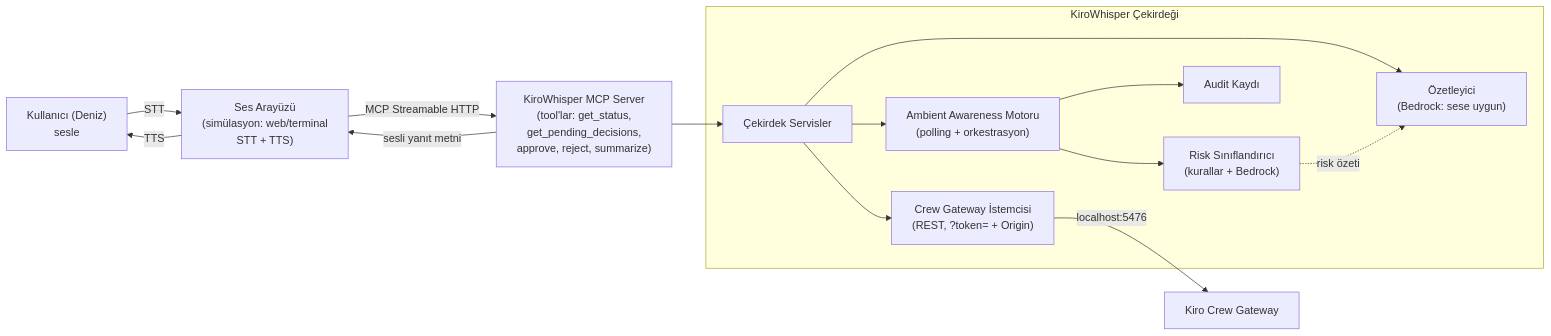
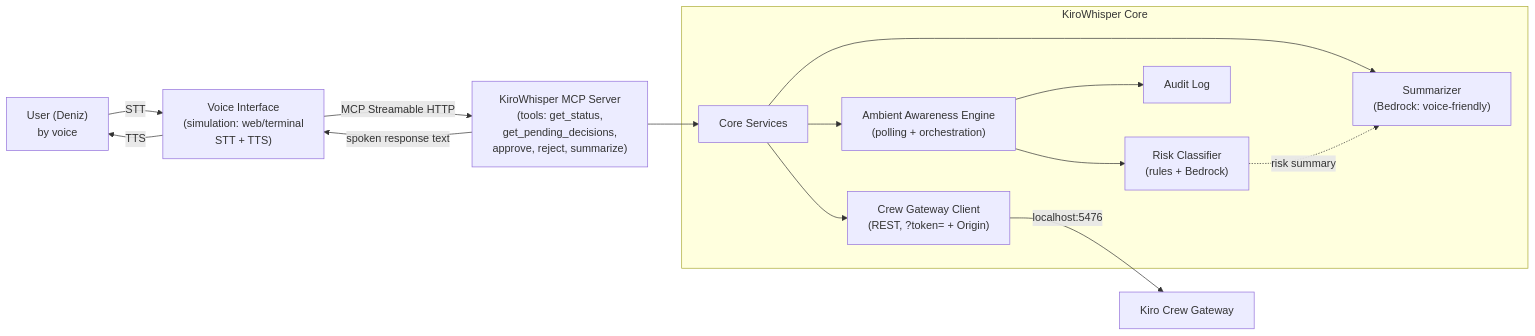
One commit to memetcircus/kirowhisper changed the diagram in .kiro/specs/kirowhisper/design.md. Above: the diagram before and after it, drawn with Mermaid. The commit also changed other lines of this file and 21 other files, not shown here.

Commit message:
Translate all repo docs to English; add Phase 0-1 (skeleton, config, gateway client + tests); make working notes private

````diff
--- a/.kiro/specs/kirowhisper/design.md
+++ b/.kiro/specs/kirowhisper/design.md
@@ -17,16 +17,16 @@
 ```mermaid
 flowchart LR
-  U["Kullanıcı (Deniz)\nsesle"] -->|STT| VUI["Ses Arayüzü\n(simülasyon: web/terminal\nSTT + TTS)"]
-  VUI -->|MCP Streamable HTTP| MCP["KiroWhisper MCP Server\n(tool'lar: get_status,\nget_pending_decisions,\napprove, reject, summarize)"]
-  MCP --> CORE["Çekirdek Servisler"]
-  subgraph CORE_BOX["KiroWhisper Çekirdeği"]
-    CORE --> AMB["Ambient Awareness Motoru\n(polling + orkestrasyon)"]
-    AMB --> RISK["Risk Sınıflandırıcı\n(kurallar + Bedrock)"]
-    AMB --> AUD["Audit Kaydı"]
-    CORE --> SUM["Özetleyici\n(Bedrock: sese uygun)"]
-    CORE --> GW["Crew Gateway İstemcisi\n(REST, ?token= + Origin)"]
+  U["User (Deniz)\nby voice"] -->|STT| VUI["Voice Interface\n(simulation: web/terminal\nSTT + TTS)"]
+  VUI -->|MCP Streamable HTTP| MCP["KiroWhisper MCP Server\n(tools: get_status,\nget_pending_decisions,\napprove, reject, summarize)"]
+  MCP --> CORE["Core Services"]
+  subgraph CORE_BOX["KiroWhisper Core"]
+    CORE --> AMB["Ambient Awareness Engine\n(polling + orchestration)"]
+    AMB --> RISK["Risk Classifier\n(rules + Bedrock)"]
+    AMB --> AUD["Audit Log"]
+    CORE --> SUM["Summarizer\n(Bedrock: voice-friendly)"]
+    CORE --> GW["Crew Gateway Client\n(REST, ?token= + Origin)"]
   end
   GW -->|localhost:5476| CREW["Kiro Crew Gateway"]
-  RISK -.->|risk özeti| SUM
-  MCP -->|sesli yanıt metni| VUI -->|TTS| U
+  RISK -.->|risk summary| SUM
+  MCP -->|spoken response text| VUI -->|TTS| U
 ```
````
